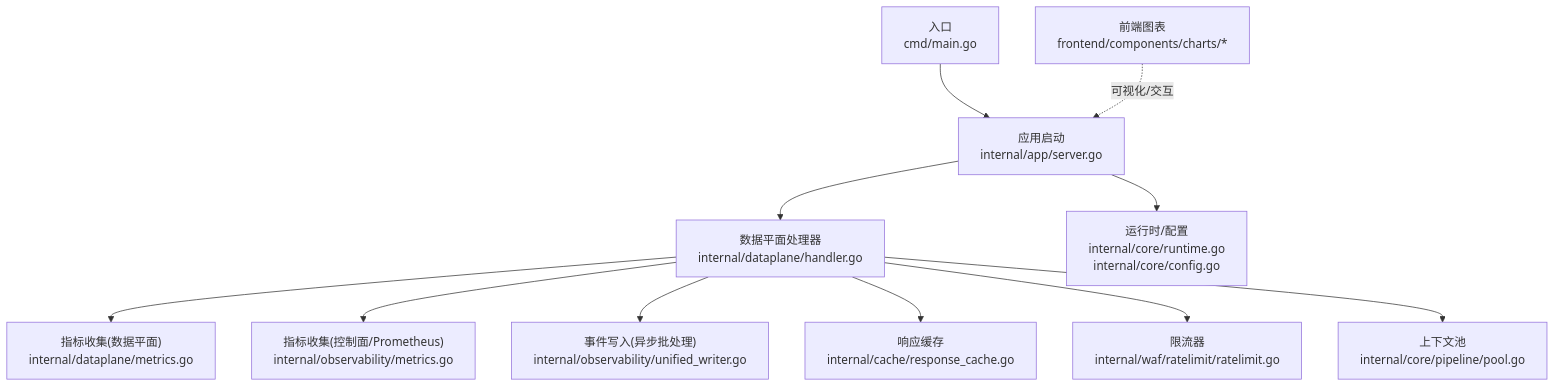
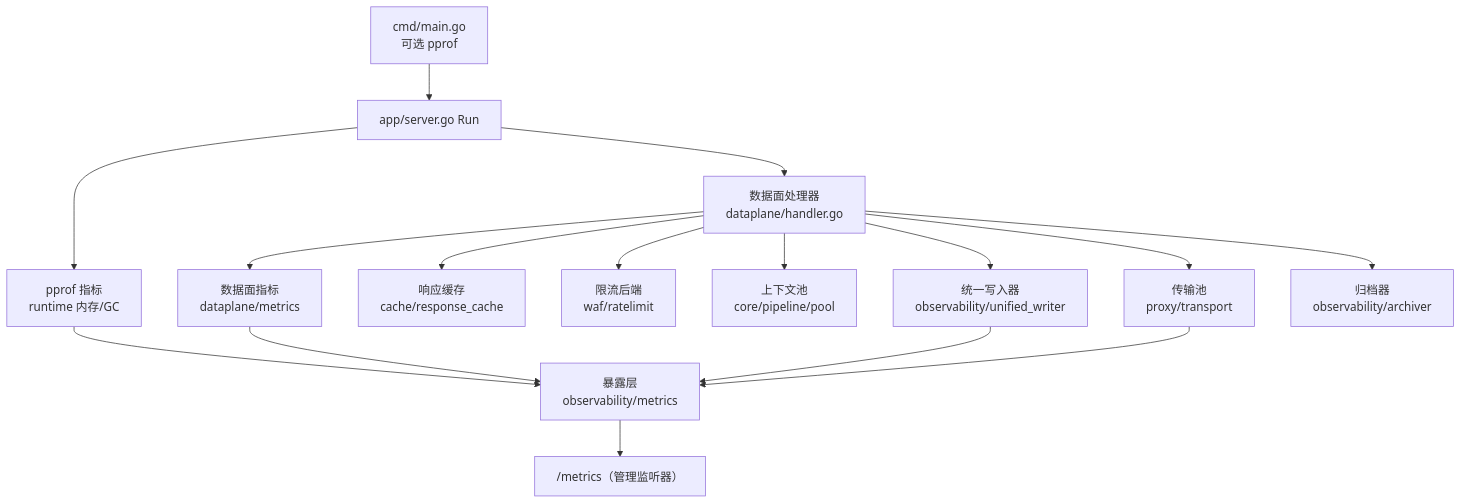
The first of 12 diagrams in docs/数据平面处理/性能监控与调优.md (x01n/My-OpenWaf), drawn with Mermaid before and after one commit. The commit also changed other lines of this file and 622 other files, not shown here.

````diff
--- a/docs/数据平面处理/性能监控与调优.md
+++ b/docs/数据平面处理/性能监控与调优.md
@@ -54,13 +77,18 @@
 ```mermaid
 graph TB
-A["入口<br/>cmd/main.go"] --> B["应用启动<br/>internal/app/server.go"]
-B --> C["数据平面处理器<br/>internal/dataplane/handler.go"]
-C --> D["指标收集(数据平面)<br/>internal/dataplane/metrics.go"]
-C --> E["指标收集(控制面/Prometheus)<br/>internal/observability/metrics.go"]
-C --> F["事件写入(异步批处理)<br/>internal/observability/unified_writer.go"]
-C --> G["响应缓存<br/>internal/cache/response_cache.go"]
-C --> H["限流器<br/>internal/waf/ratelimit/ratelimit.go"]
-C --> I["上下文池<br/>internal/core/pipeline/pool.go"]
-B --> J["运行时/配置<br/>internal/core/runtime.go<br/>internal/core/config.go"]
-K["前端图表<br/>frontend/components/charts/*"] -.->|"可视化/交互"| B
+A["cmd/main.go<br/>可选 pprof"] --> B["app/server.go Run"]
+B --> C["数据面处理器<br/>dataplane/handler.go"]
+C --> D["数据面指标<br/>dataplane/metrics"]
+C --> E["统一写入器<br/>observability/unified_writer"]
+C --> F["响应缓存<br/>cache/response_cache"]
+C --> G["限流后端<br/>waf/ratelimit"]
+C --> H["上下文池<br/>core/pipeline/pool"]
+C --> I["传输池<br/>proxy/transport"]
+B --> J["pprof 指标<br/>runtime 内存/GC"]
+J --> K["暴露层<br/>observability/metrics"]
+D --> K
+E --> K
+I --> K
+K --> L["/metrics（管理监听器）"]
+C --> M["归档器<br/>observability/archiver"]
 ```
````
